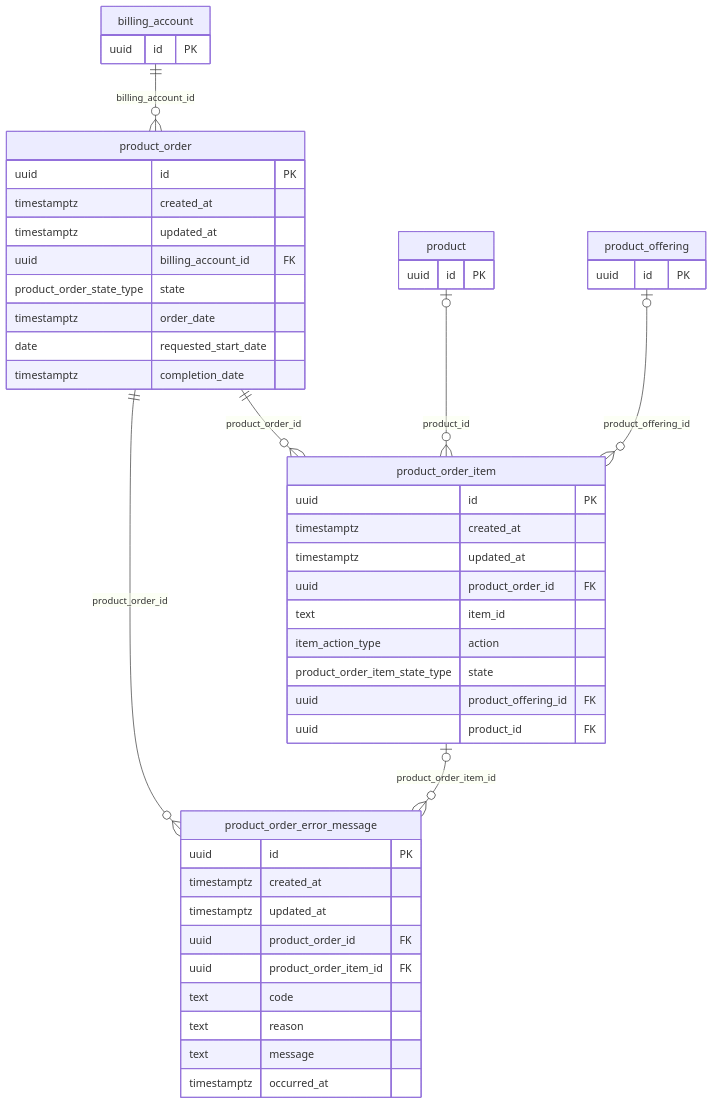
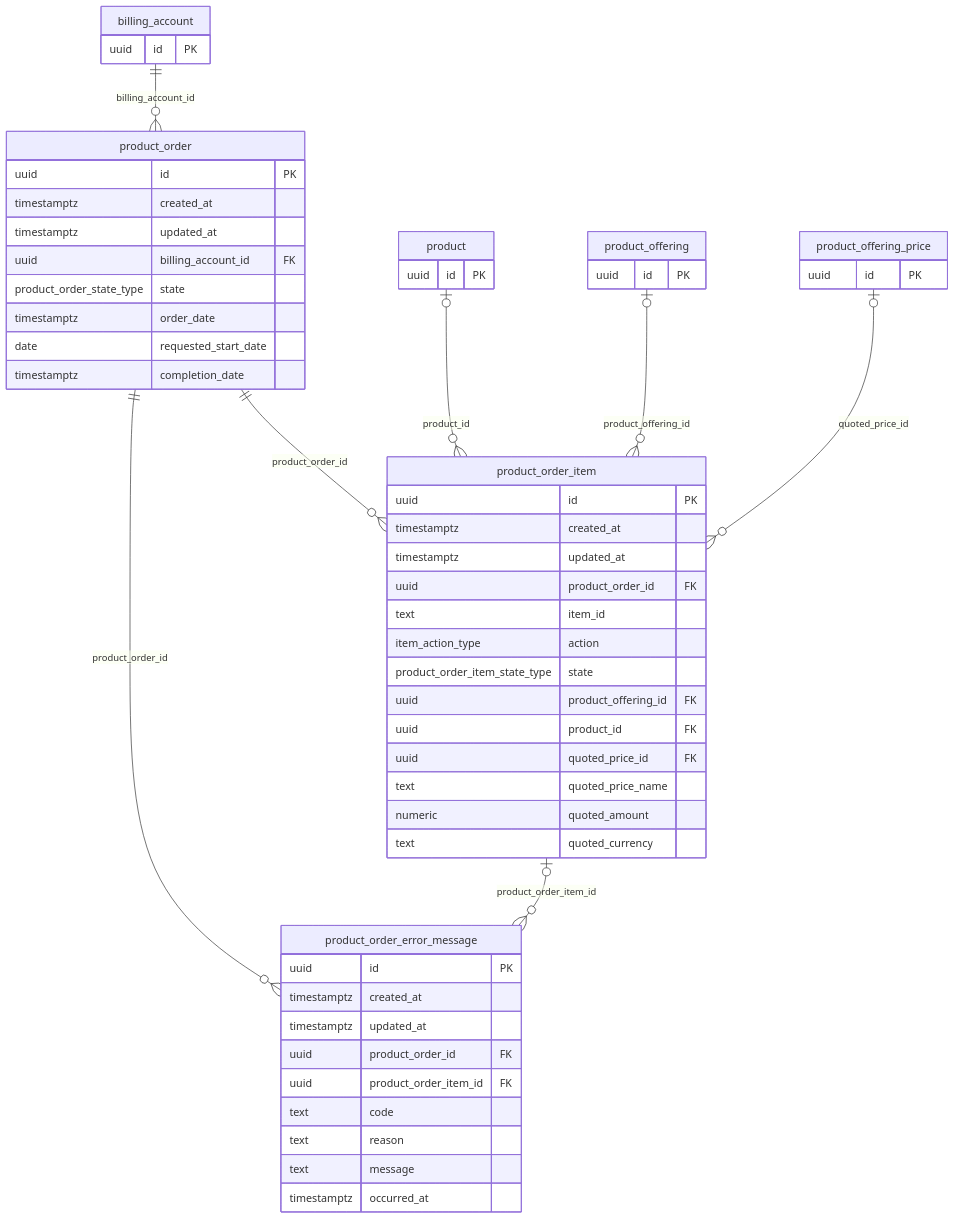
The fourth of 7 diagrams in docs/db/README.md (altharmz/bss), drawn with Mermaid before and after one commit. The commit also changed other lines of this file and 48 other files, not shown here.

````diff
--- a/docs/db/README.md
+++ b/docs/db/README.md
@@ -178,50 +179,58 @@
 ```mermaid
 erDiagram
   product_order {
     uuid id PK
     timestamptz created_at
     timestamptz updated_at
     uuid billing_account_id FK
     product_order_state_type state
     timestamptz order_date
     date requested_start_date
     timestamptz completion_date
   }
   product_order_item {
     uuid id PK
     timestamptz created_at
     timestamptz updated_at
     uuid product_order_id FK
     text item_id
     item_action_type action
     product_order_item_state_type state
     uuid product_offering_id FK
     uuid product_id FK
+    uuid quoted_price_id FK
+    text quoted_price_name
+    numeric quoted_amount
+    text quoted_currency
   }
   product_order_error_message {
     uuid id PK
     timestamptz created_at
     timestamptz updated_at
     uuid product_order_id FK
     uuid product_order_item_id FK
     text code
     text reason
     text message
     timestamptz occurred_at
   }
   billing_account {
     uuid id PK
   }
   product {
     uuid id PK
   }
   product_offering {
     uuid id PK
   }
+  product_offering_price {
+    uuid id PK
+  }
   billing_account ||--o{ product_order : "billing_account_id"
   product |o--o{ product_order_item : "product_id"
   product_offering |o--o{ product_order_item : "product_offering_id"
+  product_offering_price |o--o{ product_order_item : "quoted_price_id"
   product_order ||--o{ product_order_error_message : "product_order_id"
   product_order ||--o{ product_order_item : "product_order_id"
   product_order_item |o--o{ product_order_error_message : "product_order_item_id"
 ```
````
